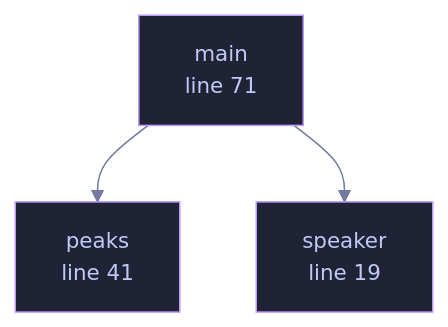
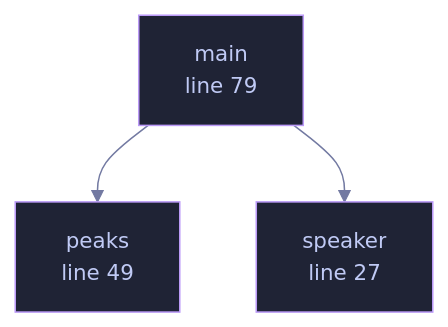
Before and after one commit to tilas01/veilvoice: the diagram in docs/files/veilvoice-core/examples-spectrum_report.md, drawn with Mermaid. The commit also changed other lines of this file and 487 other files, not shown here.

````diff
--- a/docs/files/veilvoice-core/examples-spectrum_report.md
+++ b/docs/files/veilvoice-core/examples-spectrum_report.md
@@ -57,14 +66,14 @@
 ```mermaid
 %%{init: {"theme":"base","themeVariables":{"background":"#1a1b26","primaryColor":"#1f2335","primaryTextColor":"#c0caf5","primaryBorderColor":"#7aa2f7","secondaryColor":"#16161e","tertiaryColor":"#16161e","lineColor":"#737aa2","textColor":"#c0caf5","mainBkg":"#1f2335","nodeBorder":"#7aa2f7","clusterBkg":"#16161e","clusterBorder":"#2f3549","fontFamily":"ui-monospace, SFMono-Regular, Consolas, monospace","fontSize":"14px"}}}%%
 flowchart TD
-    n_speaker["speaker<br/>line 19"]
-    n_peaks["peaks<br/>line 41"]
-    n_main["main<br/>line 71"]
+    n_speaker["speaker<br/>line 27"]
+    n_peaks["peaks<br/>line 49"]
+    n_main["main<br/>line 79"]
     n_main --> n_peaks
     n_main --> n_speaker
-    click n_speaker href "https://github.com/tilas01/veilvoice/blob/main/crates/veilvoice-core/examples/spectrum_report.rs#L19" "open the source"
-    click n_peaks href "https://github.com/tilas01/veilvoice/blob/main/crates/veilvoice-core/examples/spectrum_report.rs#L41" "open the source"
-    click n_main href "https://github.com/tilas01/veilvoice/blob/main/crates/veilvoice-core/examples/spectrum_report.rs#L71" "open the source"
+    click n_speaker href "https://github.com/tilas01/veilvoice/blob/main/crates/veilvoice-core/examples/spectrum_report.rs#L27" "open the source"
+    click n_peaks href "https://github.com/tilas01/veilvoice/blob/main/crates/veilvoice-core/examples/spectrum_report.rs#L49" "open the source"
+    click n_main href "https://github.com/tilas01/veilvoice/blob/main/crates/veilvoice-core/examples/spectrum_report.rs#L79" "open the source"
     classDef helper fill:#1f2335,stroke:#bb9af7,color:#c0caf5
     class n_speaker,n_peaks,n_main helper
 ```
````
